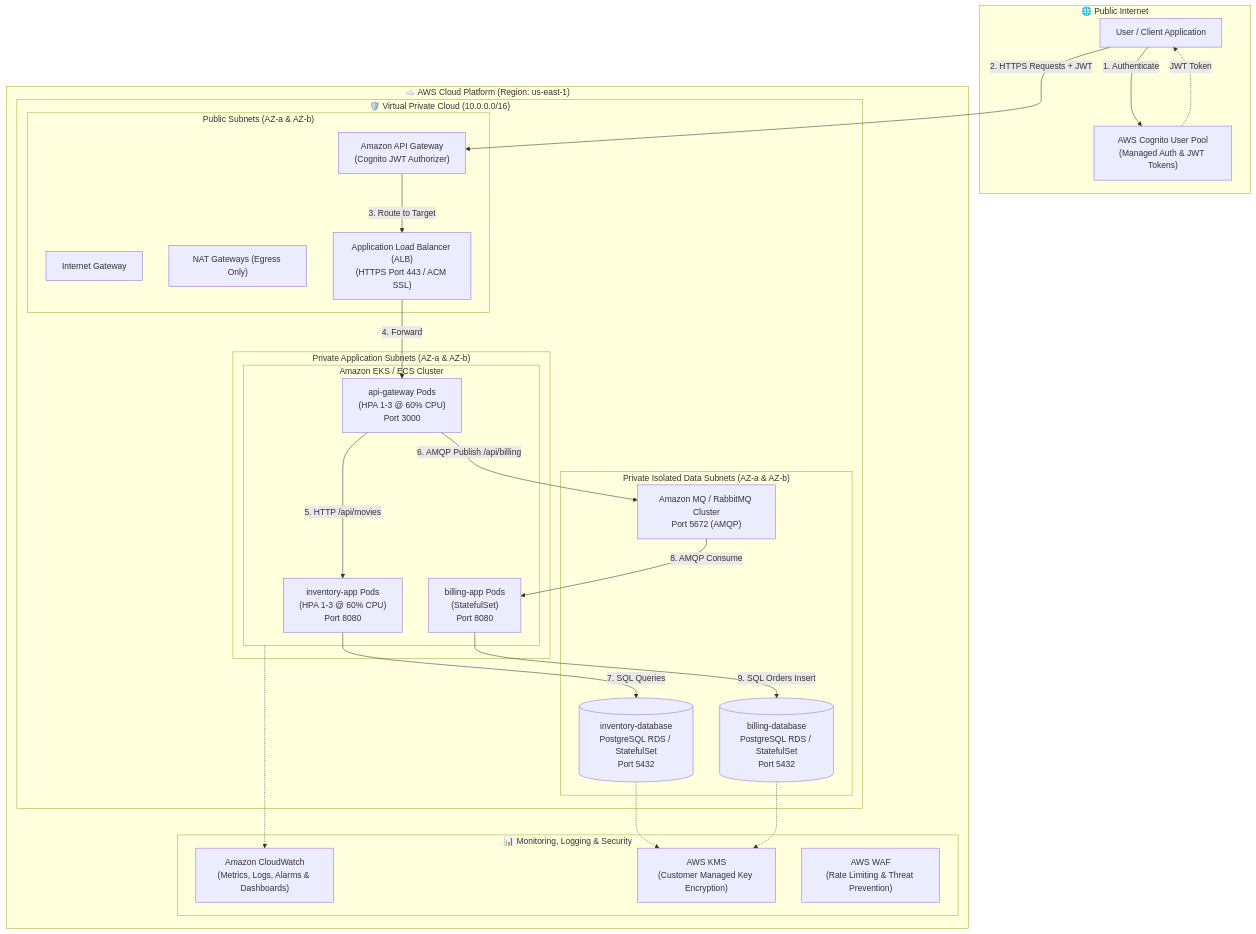
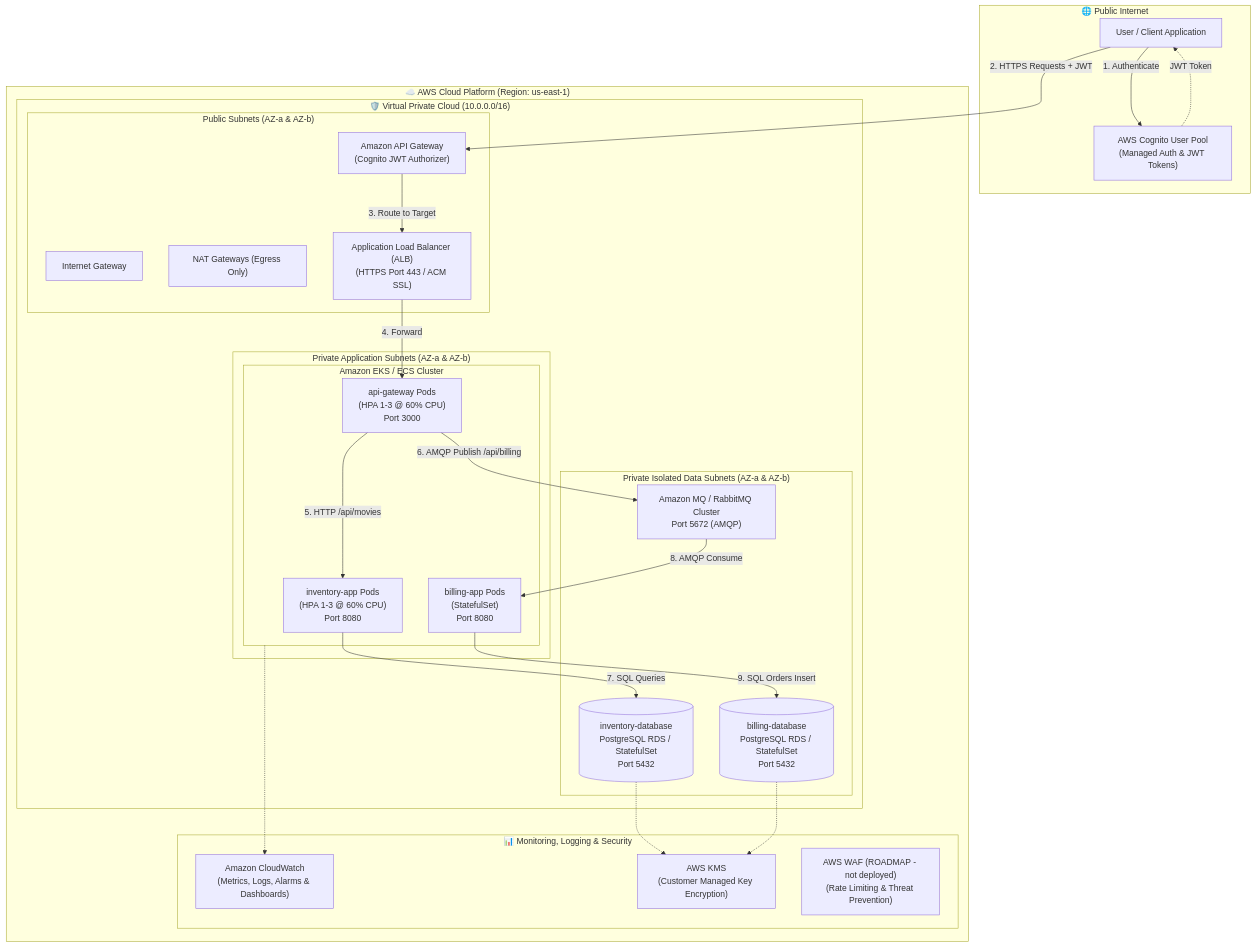
The diagram in README.md (ertval/cloud-design), drawn with Mermaid before and after one commit. The commit also changed other lines of this file and 13 other files, not shown here.

````diff
--- a/README.md
+++ b/README.md
@@ -17,54 +19,54 @@
 ```mermaid
 flowchart TD
     subgraph Internet ["🌐 Public Internet"]
         Client["User / Client Application"]
         CognitoAuth["AWS Cognito User Pool\n(Managed Auth & JWT Tokens)"]
     end
 
     subgraph AWS_Cloud ["☁️ AWS Cloud Platform (Region: us-east-1)"]
         subgraph VPC ["🛡️ Virtual Private Cloud (10.0.0.0/16)"]
             
             subgraph Public_Subnets ["Public Subnets (AZ-a & AZ-b)"]
                 IGW["Internet Gateway"]
                 NAT["NAT Gateways (Egress Only)"]
                 ALB["Application Load Balancer (ALB)\n(HTTPS Port 443 / ACM SSL)"]
                 APIGW["Amazon API Gateway\n(Cognito JWT Authorizer)"]
             end
 
             subgraph Private_App_Subnets ["Private Application Subnets (AZ-a & AZ-b)"]
                 subgraph EKS_Cluster ["Amazon EKS / ECS Cluster"]
                     APIGatewayApp["api-gateway Pods\n(HPA 1-3 @ 60% CPU)\nPort 3000"]
                     InventoryApp["inventory-app Pods\n(HPA 1-3 @ 60% CPU)\nPort 8080"]
                     BillingApp["billing-app Pods\n(StatefulSet)\nPort 8080"]
                 end
             end
 
             subgraph Private_Data_Subnets ["Private Isolated Data Subnets (AZ-a & AZ-b)"]
                 InventoryDB[("inventory-database\nPostgreSQL RDS / StatefulSet\nPort 5432")]
                 BillingDB[("billing-database\nPostgreSQL RDS / StatefulSet\nPort 5432")]
                 RabbitMQ["Amazon MQ / RabbitMQ Cluster\nPort 5672 (AMQP)"]
             end
         end
 
         subgraph Observability ["📊 Monitoring, Logging & Security"]
             CloudWatch["Amazon CloudWatch\n(Metrics, Logs, Alarms & Dashboards)"]
             KMS["AWS KMS\n(Customer Managed Key Encryption)"]
-            WAF["AWS WAF\n(Rate Limiting & Threat Prevention)"]
+            WAF["AWS WAF (ROADMAP - not deployed)\n(Rate Limiting & Threat Prevention)"]
         end
     end
 
     Client -->|1. Authenticate| CognitoAuth
     CognitoAuth -.->|JWT Token| Client
     Client -->|2. HTTPS Requests + JWT| APIGW
     APIGW -->|3. Route to Target| ALB
     ALB -->|4. Forward| APIGatewayApp
     APIGatewayApp -->|5. HTTP /api/movies| InventoryApp
     APIGatewayApp -->|6. AMQP Publish /api/billing| RabbitMQ
     InventoryApp -->|7. SQL Queries| InventoryDB
     RabbitMQ -->|8. AMQP Consume| BillingApp
     BillingApp -->|9. SQL Orders Insert| BillingDB
 
     EKS_Cluster -.-> CloudWatch
     InventoryDB -.-> KMS
     BillingDB -.-> KMS
 ```
````
